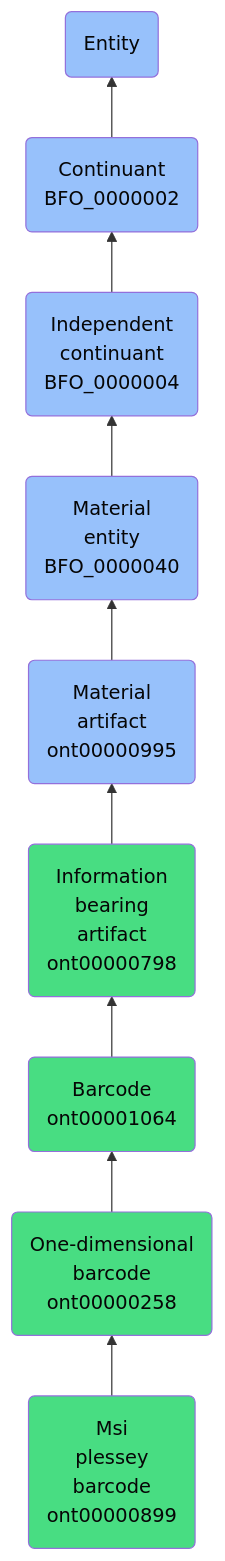
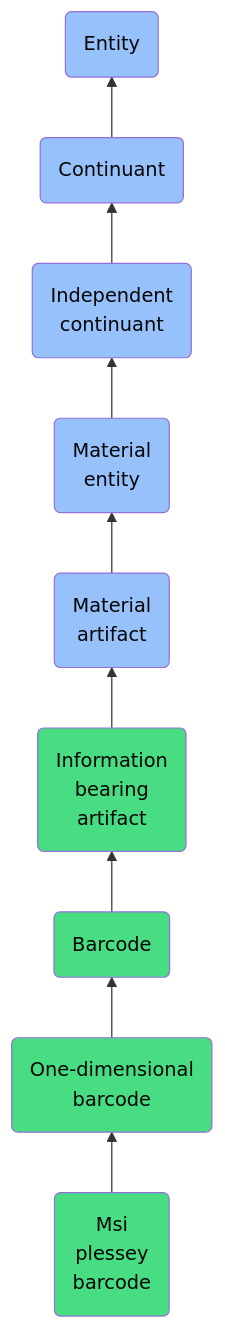
Before and after one commit to jupyter-naas/abi: the diagram in docs/ontology/reference/model/Entity/Continuant/Independent continuant/Material entity/Material artifact/Information bearing artifact/Barcode/One-dimensional barcode/Msi plessey barcode/Msi plessey barcode.md, drawn with Mermaid. The commit also changed other lines of this file and 1430 other files, not shown here.

````diff
--- a/docs/ontology/reference/model/Entity/Continuant/Independent continuant/Material entity/Material artifact/Information bearing artifact/Barcode/One-dimensional barcode/Msi plessey barcode/Msi plessey barcode.md
+++ b/docs/ontology/reference/model/Entity/Continuant/Independent continuant/Material entity/Material artifact/Information bearing artifact/Barcode/One-dimensional barcode/Msi plessey barcode/Msi plessey barcode.md
@@ -24,16 +24,16 @@
 ```mermaid
 graph BT
-    ont00000899(Msi<br>plessey<br>barcode<br>ont00000899):::ABI-->ont00000258
-    ont00000258(One-dimensional<br>barcode<br>ont00000258):::ABI-->ont00001064
-    ont00001064(Barcode<br>ont00001064):::ABI-->ont00000798
-    ont00000798(Information<br>bearing<br>artifact<br>ont00000798):::ABI-->ont00000995
-    ont00000995(Material<br>artifact<br>ont00000995):::BFO-->BFO_0000040
-    BFO_0000040(Material<br>entity<br>BFO_0000040):::BFO-->BFO_0000004
-    BFO_0000004(Independent<br>continuant<br>BFO_0000004):::BFO-->BFO_0000002
-    BFO_0000002(Continuant<br>BFO_0000002):::BFO-->BFO_0000001
+    ont00000899(Msi<br>plessey<br>barcode):::ABI-->ont00000258
+    ont00000258(One-dimensional<br>barcode):::ABI-->ont00001064
+    ont00001064(Barcode):::ABI-->ont00000798
+    ont00000798(Information<br>bearing<br>artifact):::ABI-->ont00000995
+    ont00000995(Material<br>artifact):::BFO-->BFO_0000040
+    BFO_0000040(Material<br>entity):::BFO-->BFO_0000004
+    BFO_0000004(Independent<br>continuant):::BFO-->BFO_0000002
+    BFO_0000002(Continuant):::BFO-->BFO_0000001
     BFO_0000001(Entity):::BFO
     
     classDef BFO fill:#97c1fb,color:#060606
     classDef CCO fill:#e4c51e,color:#060606
     classDef ABI fill:#48DD82,color:#060606
 ```
````
